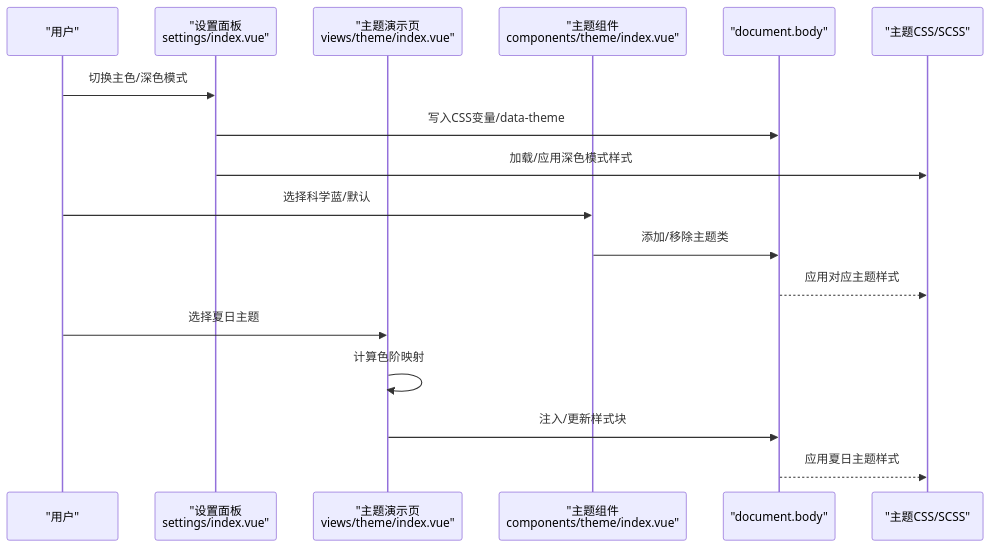
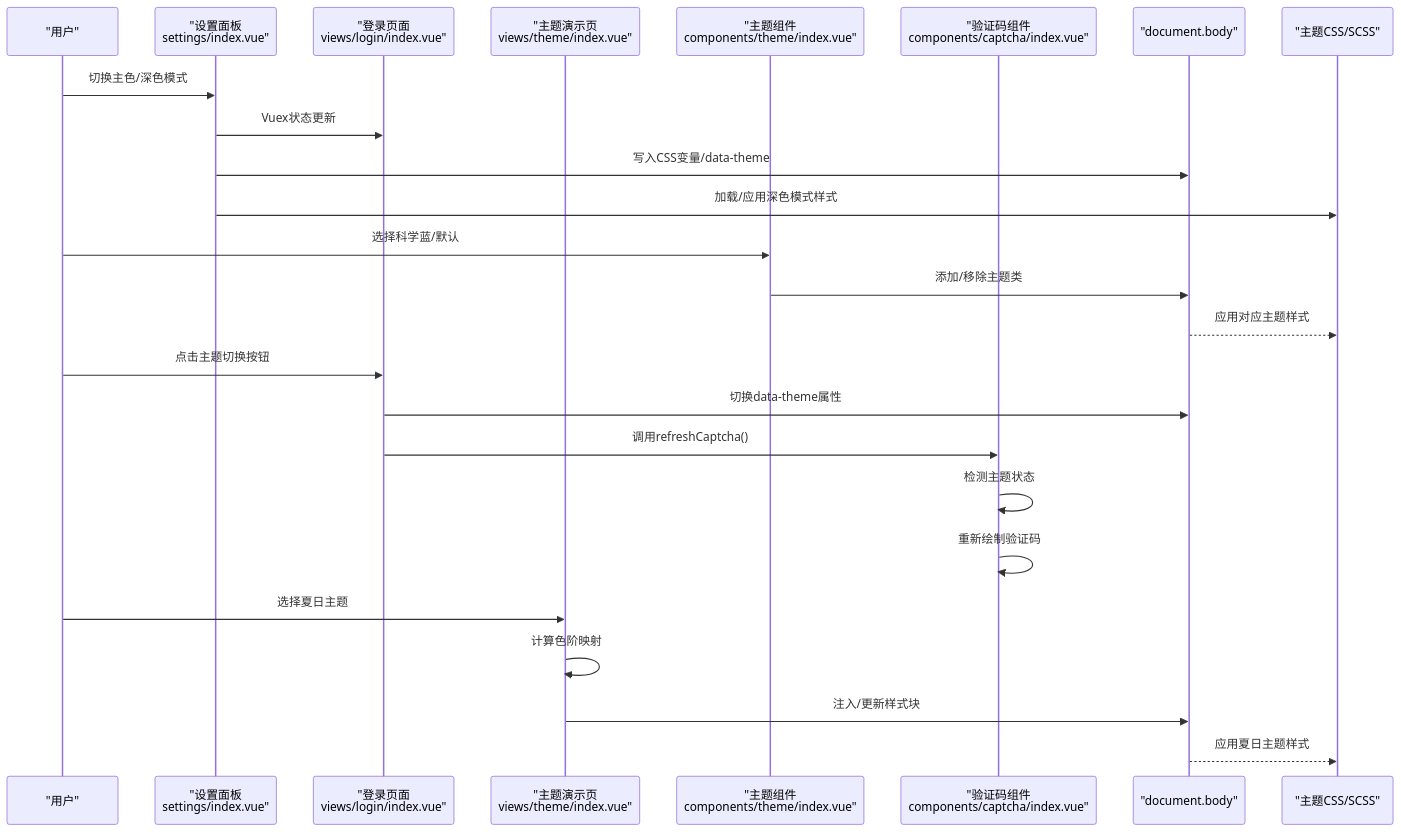
The second of 8 diagrams in .qoder/repowiki/zh/content/核心功能/系统设置/主题切换系统.md (Neveryu/vue-cms), drawn with Mermaid before and after one commit. The commit also changed other lines of this file and 25 other files, not shown here.

````diff
--- a/.qoder/repowiki/zh/content/核心功能/系统设置/主题切换系统.md
+++ b/.qoder/repowiki/zh/content/核心功能/系统设置/主题切换系统.md
@@ -111,19 +143,27 @@
 ```mermaid
 sequenceDiagram
 participant U as "用户"
 participant S as "设置面板<br/>settings/index.vue"
+participant L as "登录页面<br/>views/login/index.vue"
 participant V as "主题演示页<br/>views/theme/index.vue"
 participant T as "主题组件<br/>components/theme/index.vue"
+participant CAP as "验证码组件<br/>components/captcha/index.vue"
 participant DOM as "document.body"
 participant CSS as "主题CSS/SCSS"
 U->>S : 切换主色/深色模式
+S->>L : Vuex状态更新
 S->>DOM : 写入CSS变量/data-theme
 S->>CSS : 加载/应用深色模式样式
 U->>T : 选择科学蓝/默认
 T->>DOM : 添加/移除主题类
 DOM-->>CSS : 应用对应主题样式
+U->>L : 点击主题切换按钮
+L->>DOM : 切换data-theme属性
+L->>CAP : 调用refreshCaptcha()
+CAP->>CAP : 检测主题状态
+CAP->>CAP : 重新绘制验证码
 U->>V : 选择夏日主题
 V->>V : 计算色阶映射
 V->>DOM : 注入/更新样式块
 DOM-->>CSS : 应用夏日主题样式
 ```
````
